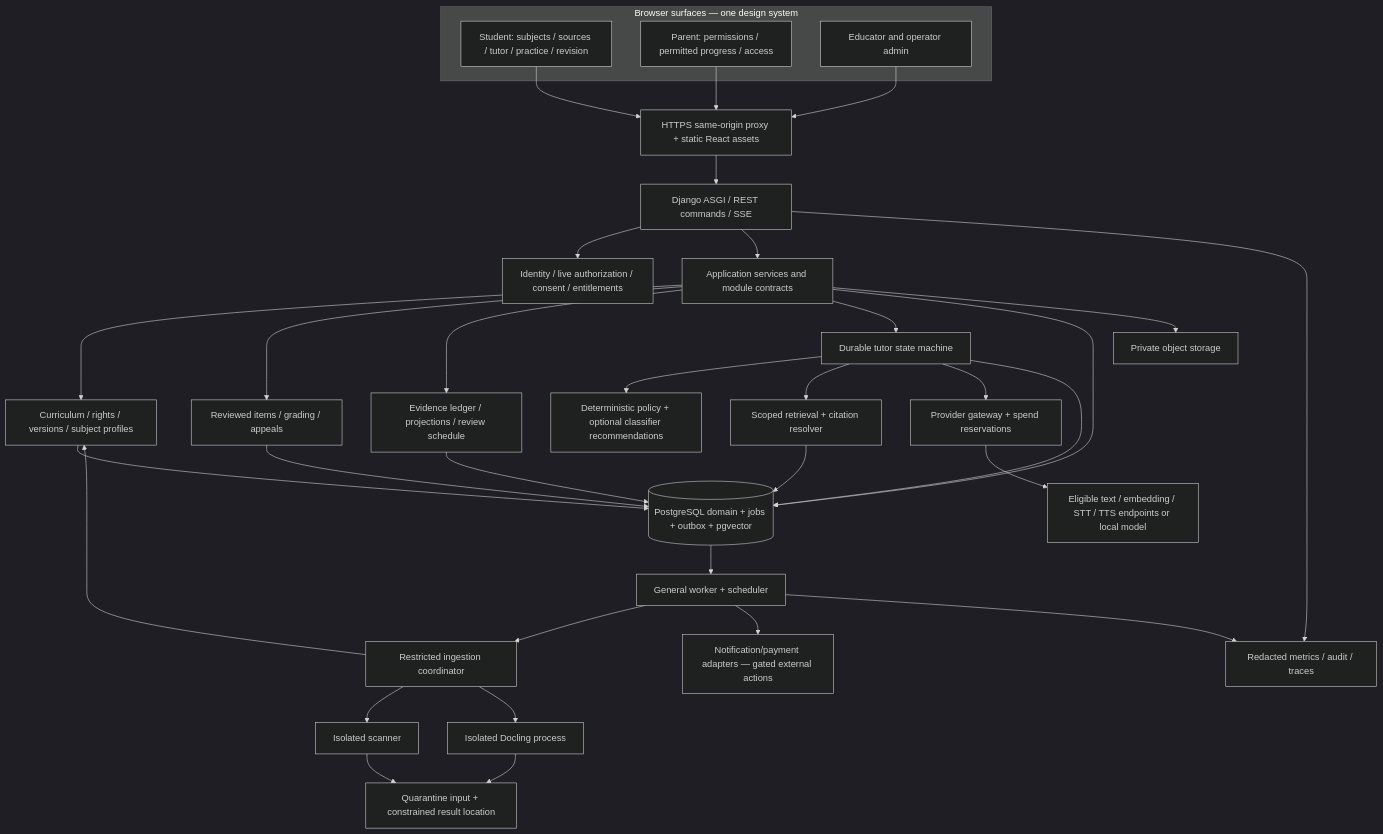
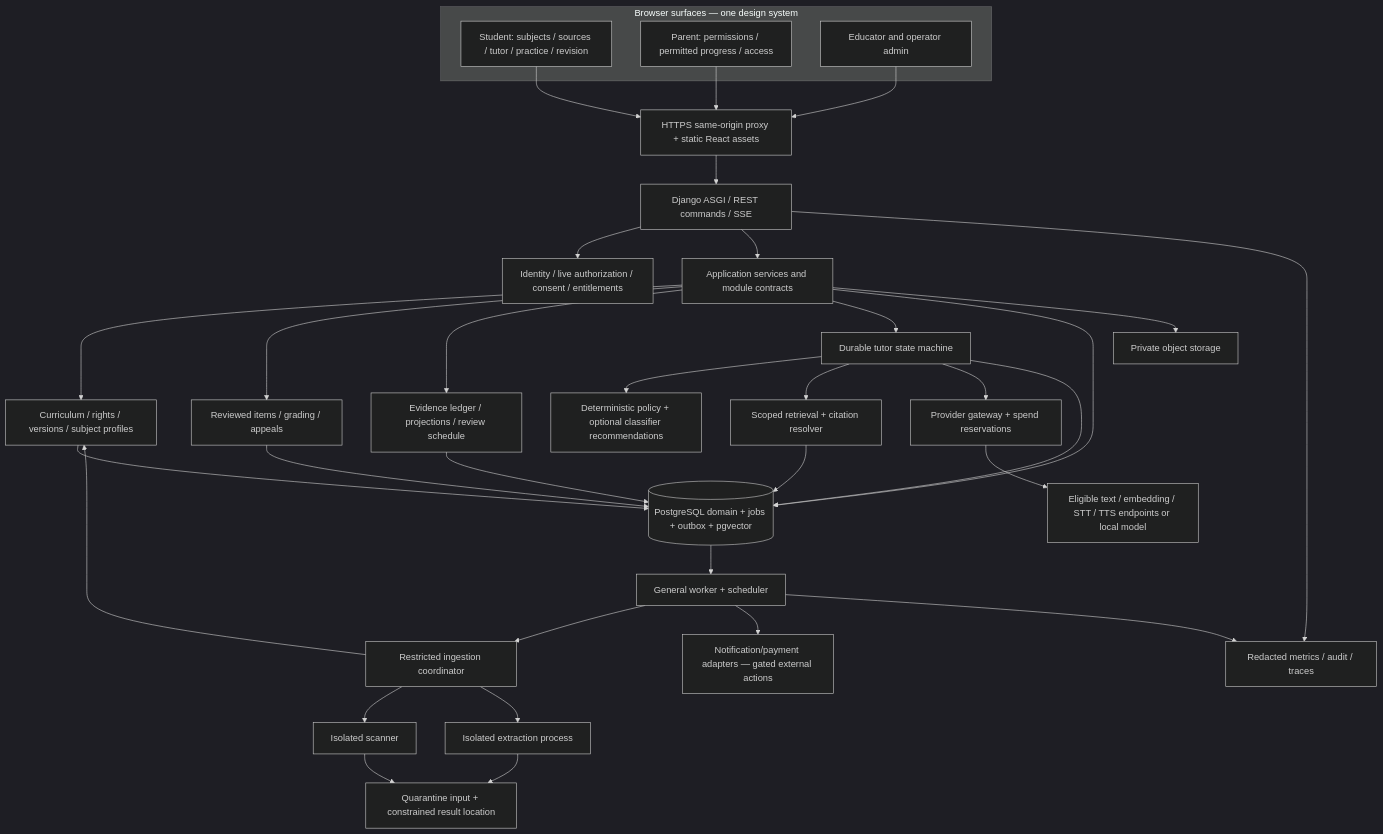
One commit to EldonsLogic/sebaverse changed the diagram in architecture/technical-baseline.md. Above: the diagram before and after it, drawn with Mermaid (dark theme). The commit also changed other lines of this file and 22 other files, not shown here.

````diff
--- a/architecture/technical-baseline.md
+++ b/architecture/technical-baseline.md
@@ -31,39 +31,39 @@
 ```mermaid
 flowchart TB
  subgraph Clients[Browser surfaces — one design system]
   S[Student: subjects / sources / tutor / practice / revision]
   P[Parent: permissions / permitted progress / access]
   E[Educator and operator admin]
  end
  S --> EDGE[HTTPS same-origin proxy + static React assets]
  P --> EDGE
  E --> EDGE
  EDGE --> WEB[Django ASGI / REST commands / SSE]
  WEB --> AUTH[Identity / live authorization / consent / entitlements]
  WEB --> CORE[Application services and module contracts]
  CORE --> CUR[Curriculum / rights / versions / subject profiles]
  CORE --> ASSESS[Reviewed items / grading / appeals]
  CORE --> LEARN[Evidence ledger / projections / review schedule]
  CORE --> TURN[Durable tutor state machine]
  TURN --> POLICY[Deterministic policy + optional classifier recommendations]
  TURN --> RET[Scoped retrieval + citation resolver]
  TURN --> AI[Provider gateway + spend reservations]
  AI --> EXT[Eligible text / embedding / STT / TTS endpoints or local model]
  CORE --> DB[(PostgreSQL domain + jobs + outbox + pgvector)]
  CUR --> DB
  ASSESS --> DB
  LEARN --> DB
  RET --> DB
  TURN --> DB
  CORE --> OBJ[Private object storage]
  DB --> JOB[General worker + scheduler]
  JOB --> BROKER[Restricted ingestion coordinator]
  BROKER --> SCAN[Isolated scanner]
- BROKER --> PARSE[Isolated Docling process]
+ BROKER --> PARSE[Isolated extraction process]
  SCAN --> Q[Quarantine input + constrained result location]
  PARSE --> Q
  BROKER --> CUR
  JOB --> NOTIFY[Notification/payment adapters — gated external actions]
  WEB --> OBS[Redacted metrics / audit / traces]
  JOB --> OBS
 ```
````
